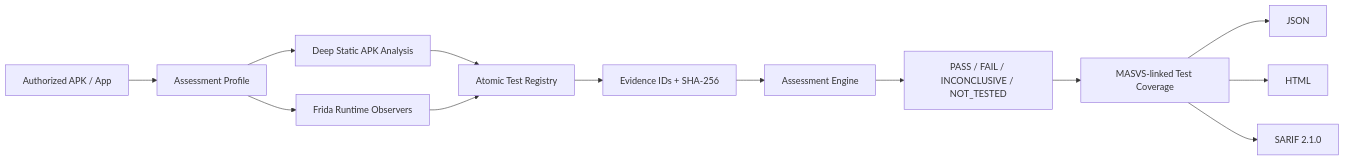
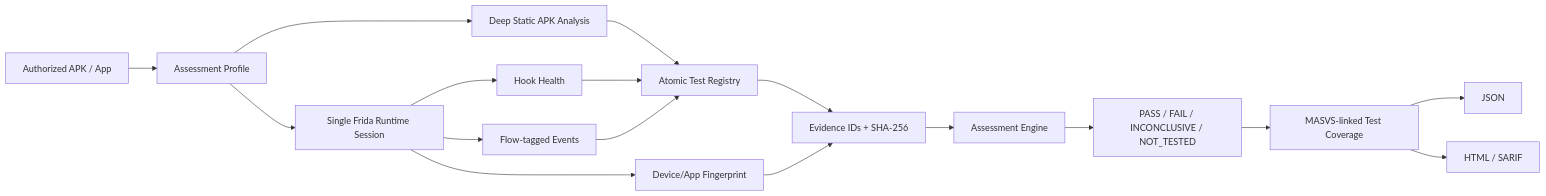
Before and after one commit to oktorio/MobileAuditKit: the diagram in README.md, drawn with Mermaid. The commit also changed other lines of this file and 28 other files, not shown here.

````diff
--- a/README.md
+++ b/README.md
@@ -143,15 +202,19 @@
 ```mermaid
 flowchart LR
     A[Authorized APK / App] --> P[Assessment Profile]
     P --> S[Deep Static APK Analysis]
-    P --> F[Frida Runtime Observers]
+    P --> O[Single Frida Runtime Session]
+    O --> H[Hook Health]
+    O --> F[Flow-tagged Events]
+    O --> D[Device/App Fingerprint]
     S --> T[Atomic Test Registry]
+    H --> T
     F --> T
-    T --> E[Evidence IDs + SHA-256]
+    D --> E[Evidence IDs + SHA-256]
+    T --> E
     E --> V[Assessment Engine]
     V --> X[PASS / FAIL / INCONCLUSIVE / NOT_TESTED]
     X --> M[MASVS-linked Test Coverage]
     M --> J[JSON]
-    M --> H[HTML]
-    M --> R[SARIF 2.1.0]
+    M --> R[HTML / SARIF]
 ```
````
